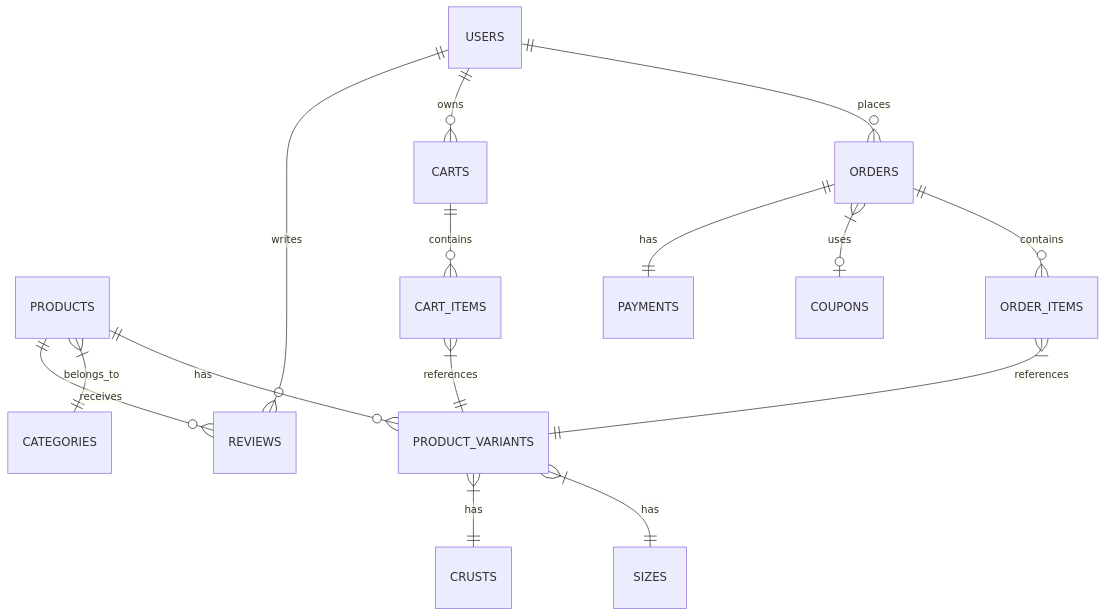
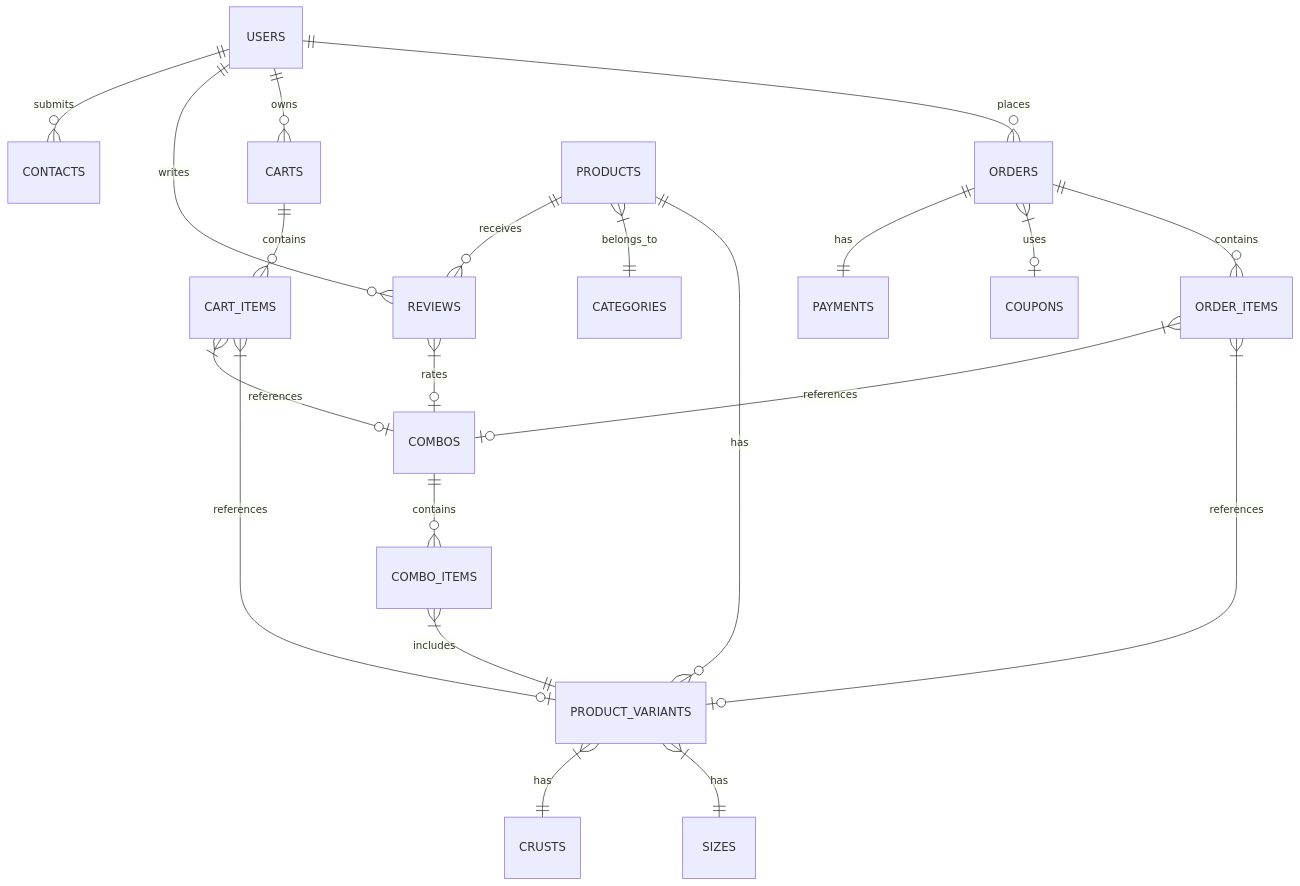
The fourth of 4 diagrams in README.md (khanhphamvan204/PizzaShop), drawn with Mermaid before and after one commit. The commit also changed other lines of this file and 6 other files, not shown here.

````diff
--- a/README.md
+++ b/README.md
@@ -305,21 +349,29 @@
 ```mermaid
 erDiagram
     USERS ||--o{ ORDERS : places
     USERS ||--o{ CARTS : owns
     USERS ||--o{ REVIEWS : writes
+    USERS ||--o{ CONTACTS : submits
     
     PRODUCTS ||--o{ PRODUCT_VARIANTS : has
     PRODUCTS }|--|| CATEGORIES : belongs_to
     PRODUCTS ||--o{ REVIEWS : receives
     
     ORDERS ||--o{ ORDER_ITEMS : contains
     ORDERS }|--o| COUPONS : uses
     ORDERS ||--|| PAYMENTS : has
     
     CARTS ||--o{ CART_ITEMS : contains
-    CART_ITEMS }|--|| PRODUCT_VARIANTS : references
-    ORDER_ITEMS }|--|| PRODUCT_VARIANTS : references
+    CART_ITEMS }|--o| PRODUCT_VARIANTS : references
+    CART_ITEMS }|--o| COMBOS : references
+    ORDER_ITEMS }|--o| PRODUCT_VARIANTS : references
+    ORDER_ITEMS }|--o| COMBOS : references
     
     PRODUCT_VARIANTS }|--|| SIZES : has
     PRODUCT_VARIANTS }|--|| CRUSTS : has
+    
+    COMBOS ||--o{ COMBO_ITEMS : contains
+    COMBO_ITEMS }|--|| PRODUCT_VARIANTS : includes
+    
+    REVIEWS }|--o| COMBOS : rates
 ```
````
